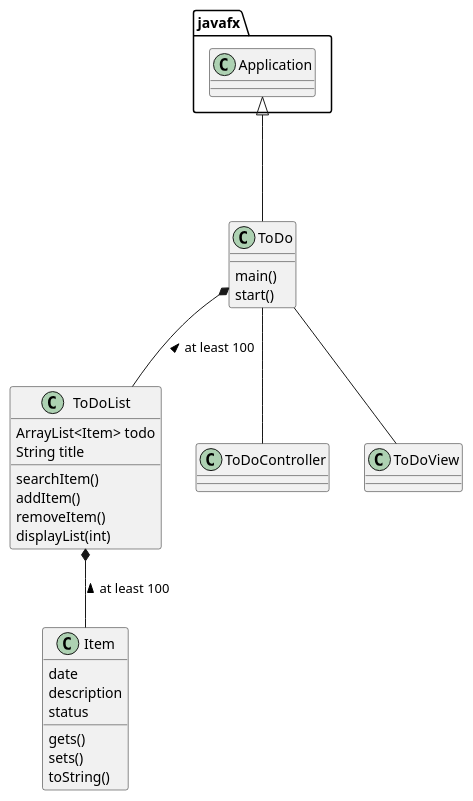
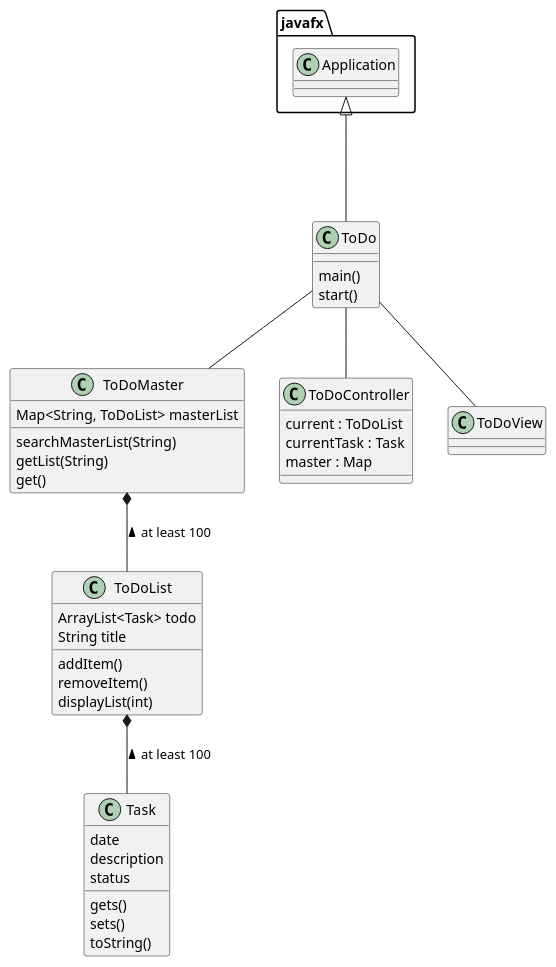
The diagram in uml/classDiagram.puml (arkaik2k01/nobrega-cop3330-assignment4), drawn with PlantUML before and after one commit. The commit also changed 7 other files, not shown here.

```diff
--- a/uml/classDiagram.puml
+++ b/uml/classDiagram.puml
@@ -1,41 +1,52 @@
 @startuml
 'https://plantuml.com/class-diagram
 
-class Item {
+class Task {
     date
     description
     status
 
     gets()
     sets()
     toString()
 }
 
 class ToDoList {
-    ArrayList<Item> todo
+    ArrayList<Task> todo
     String title
 
-    searchItem()
     addItem()
     removeItem()
     displayList(int)
 }
 
 class ToDo {
     main()
     start()
 }
 
+class ToDoMaster {
+    Map<String, ToDoList> masterList
+
+    searchMasterList(String)
+    getList(String)
+    get()
+}
+
 class ToDoController {
+    current : ToDoList
+    currentTask : Task
+    master : Map
 }
 
 class ToDoView {
 }
 
 ToDo--ToDoView
 ToDo--ToDoController
-ToDo*--ToDoList : at least 100 <
-ToDoList*--Item : at least 100 <
+ToDo--ToDoMaster
+ToDoMaster*--ToDoList : at least 100 <
+ToDoList*--Task : at least 100 <
 javafx.Application<|---ToDo
 
 @enduml
```
